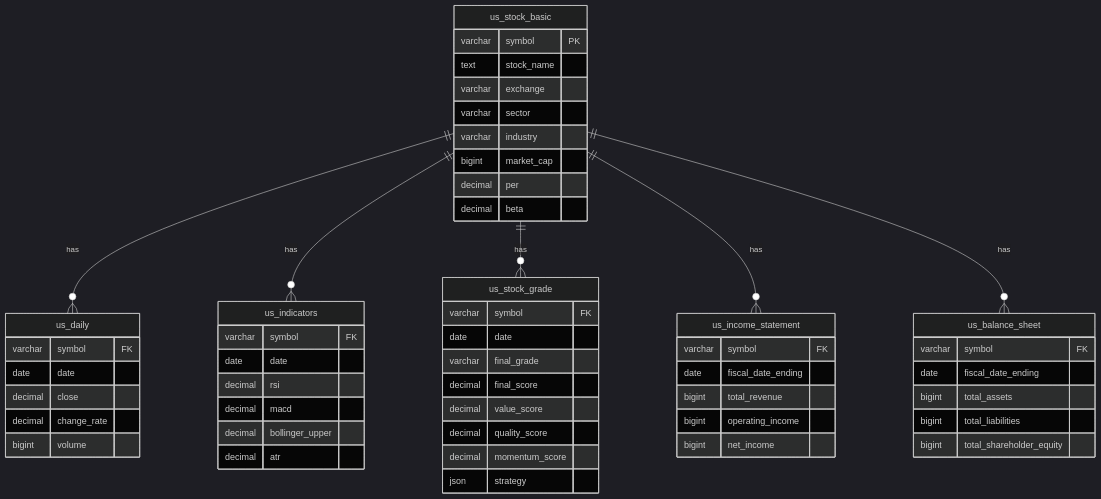
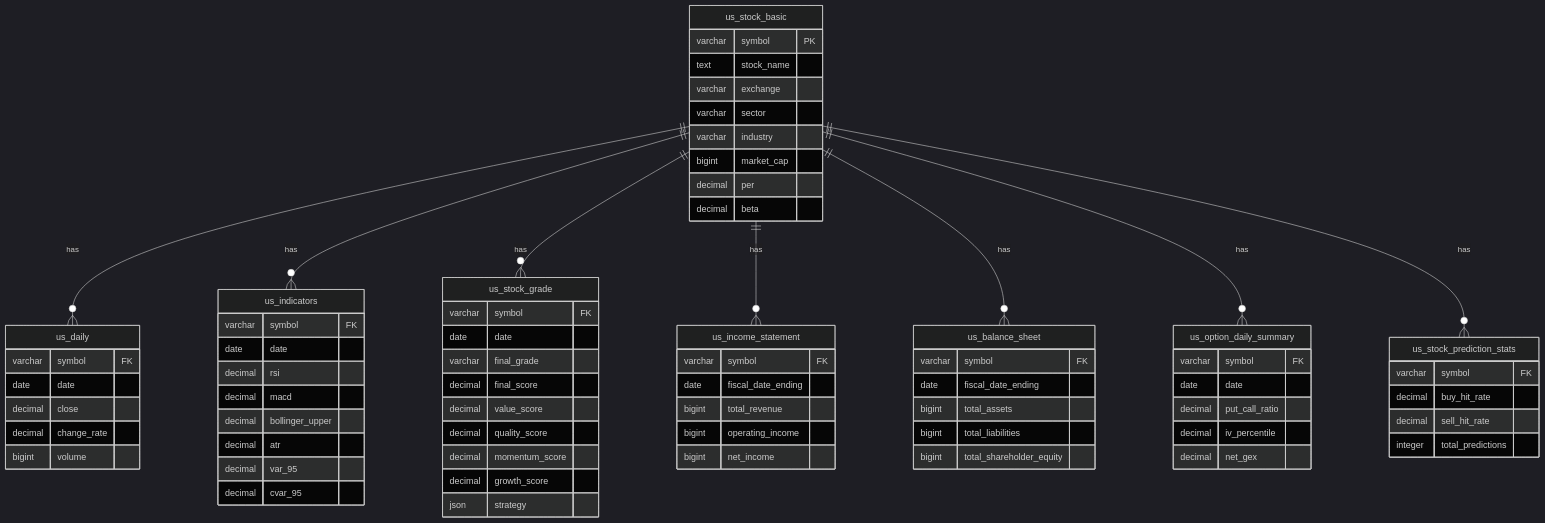
One commit to vinjung/alphafolio_overview changed diagram 13 of 14 in README.md. Above: the diagram before and after it, drawn with Mermaid (dark theme). The commit also changed other lines of this file, not shown here.

````diff
--- a/README.md
+++ b/README.md
@@ -316,6 +748,8 @@
     us_stock_basic ||--o{ us_stock_grade : has
     us_stock_basic ||--o{ us_income_statement : has
     us_stock_basic ||--o{ us_balance_sheet : has
+    us_stock_basic ||--o{ us_option_daily_summary : has
+    us_stock_basic ||--o{ us_stock_prediction_stats : has
 
     us_stock_basic {
         varchar symbol PK
@@ -343,6 +777,8 @@
         decimal macd
         decimal bollinger_upper
         decimal atr
+        decimal var_95
+        decimal cvar_95
     }
 
     us_stock_grade {
@@ -353,6 +789,7 @@
         decimal value_score
         decimal quality_score
         decimal momentum_score
+        decimal growth_score
         json strategy
     }
 
@@ -371,4 +808,19 @@
         bigint total_liabilities
         bigint total_shareholder_equity
     }
+
+    us_option_daily_summary {
+        varchar symbol FK
+        date date
+        decimal put_call_ratio
+        decimal iv_percentile
+        decimal net_gex
+    }
+
+    us_stock_prediction_stats {
+        varchar symbol FK
+        decimal buy_hit_rate
+        decimal sell_hit_rate
+        integer total_predictions
+    }
 ```
````
